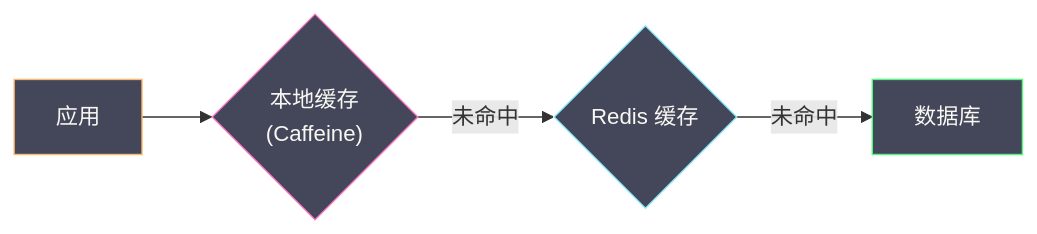
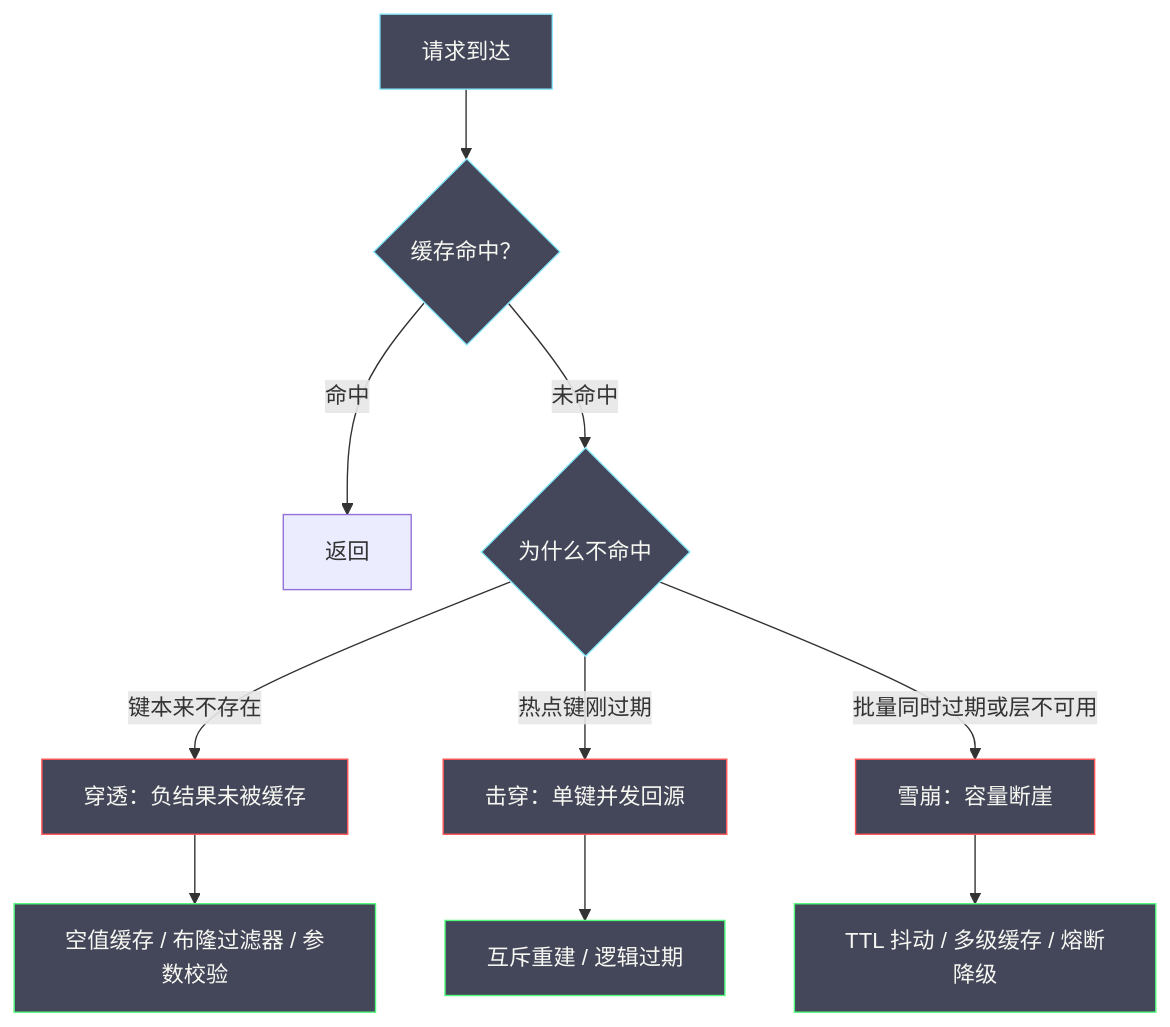
One commit to hpliStartAgain/my-brain changed the fifth of 7 diagrams in content/中间件/Redis/Redis进阶教程/04 缓存设计模式与一致性问题.md. Above: the diagram before and after it, drawn with Mermaid. The commit also changed other lines of this file and 455 other files, not shown here.

````diff
--- a/content/中间件/Redis/Redis进阶教程/04 缓存设计模式与一致性问题.md
+++ b/content/中间件/Redis/Redis进阶教程/04 缓存设计模式与一致性问题.md
@@ -322,17 +361,20 @@
 ```mermaid
 %%{init: {'theme': 'dracula'}}%%
-graph LR
-    APP["应用"] --> L1{"本地缓存</br>(Caffeine)"}
-    L1 -->|"未命中"| L2{"Redis 缓存"}
-    L2 -->|"未命中"| DB["数据库"]
+graph TD
+    IN["请求到达"] --> HIT{"缓存命中？"}
+    HIT -->|"命中"| OK["返回"]
+    HIT -->|"未命中"| WHY{"为什么不命中"}
+    WHY -->|"键本来不存在"| P["穿透：负结果未被缓存"]
+    WHY -->|"热点键刚过期"| B["击穿：单键并发回源"]
+    WHY -->|"批量同时过期或层不可用"| S["雪崩：容量断崖"]
+    P --> FP["空值缓存 / 布隆过滤器 / 参数校验"]
+    B --> FB["互斥重建 / 逻辑过期"]
+    S --> FS["TTL 抖动 / 多级缓存 / 熔断降级"]
 
-    classDef app fill:#44475a,stroke:#ffb86c,color:#f8f8f2
-    classDef l1 fill:#44475a,stroke:#ff79c6,color:#f8f8f2
-    classDef l2 fill:#44475a,stroke:#8be9fd,color:#f8f8f2
-    classDef db fill:#44475a,stroke:#50fa7b,color:#f8f8f2
-
-    class APP app
-    class L1 l1
-    class L2 l2
-    class DB db
+    classDef q fill:#44475a,stroke:#8be9fd,color:#f8f8f2
+    classDef risk fill:#44475a,stroke:#ff5555,color:#f8f8f2
+    classDef fix fill:#44475a,stroke:#50fa7b,color:#f8f8f2
+    class IN,HIT,WHY q
+    class P,B,S risk
+    class FP,FB,FS fix
 ```
````
